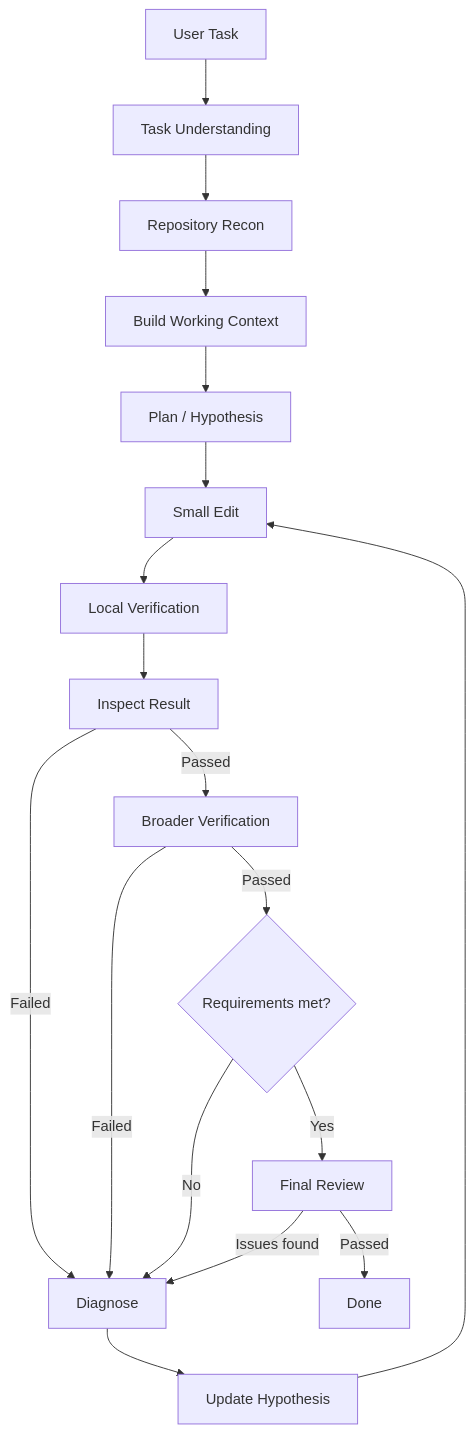
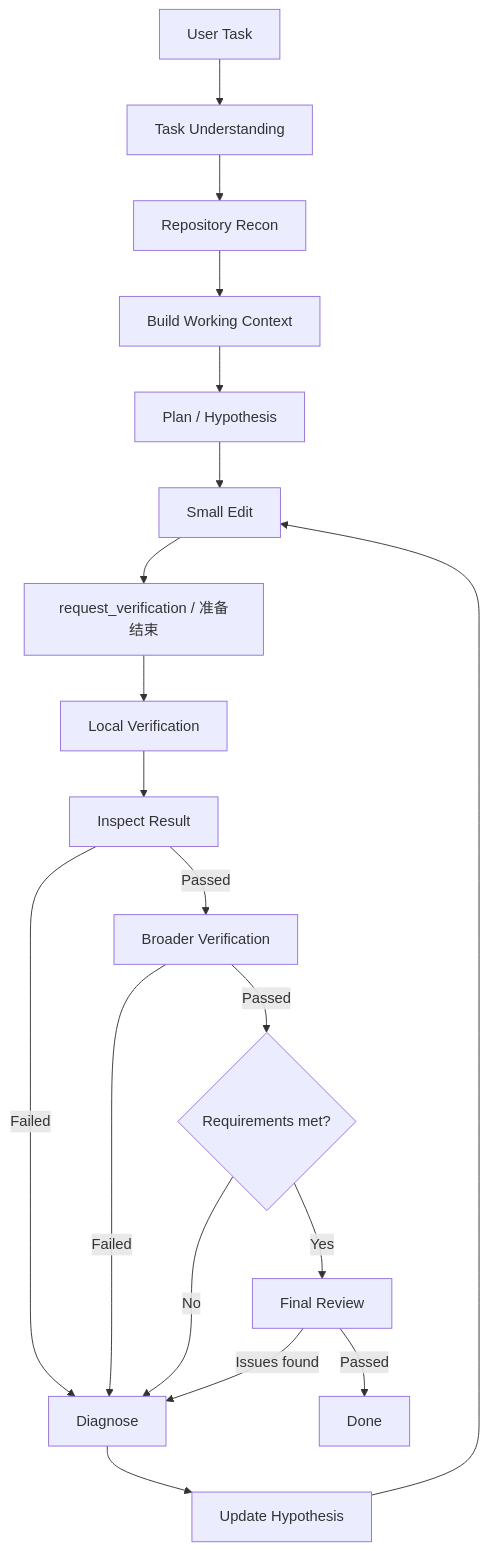
The diagram in docs/agent-loop.md (R81821/coding-agent), drawn with Mermaid before and after one commit. The commit also changed other lines of this file and 20 other files, not shown here.

````diff
--- a/docs/agent-loop.md
+++ b/docs/agent-loop.md
@@ -5,20 +5,21 @@
 ```mermaid
 flowchart TD
   A[User Task] --> B[Task Understanding]
   B --> C[Repository Recon]
   C --> D[Build Working Context]
   D --> E[Plan / Hypothesis]
   E --> F[Small Edit]
-  F --> G[Local Verification]
+  F --> V[request_verification / 准备结束]
+  V --> G[Local Verification]
   G --> H[Inspect Result]
   H -->|Failed| I[Diagnose]
   I --> J[Update Hypothesis]
   J --> F
   H -->|Passed| K[Broader Verification]
   K -->|Failed| I
   K -->|Passed| L{Requirements met?}
   L -->|No| I
   L -->|Yes| M[Final Review]
   M -->|Issues found| I
   M -->|Passed| N[Done]
 ```
````
